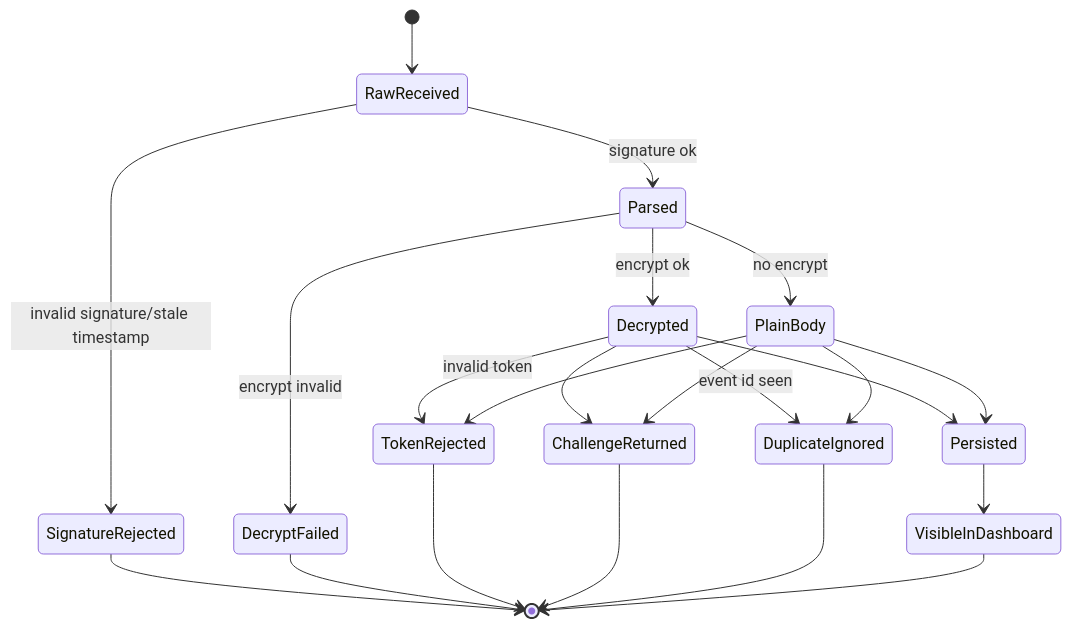
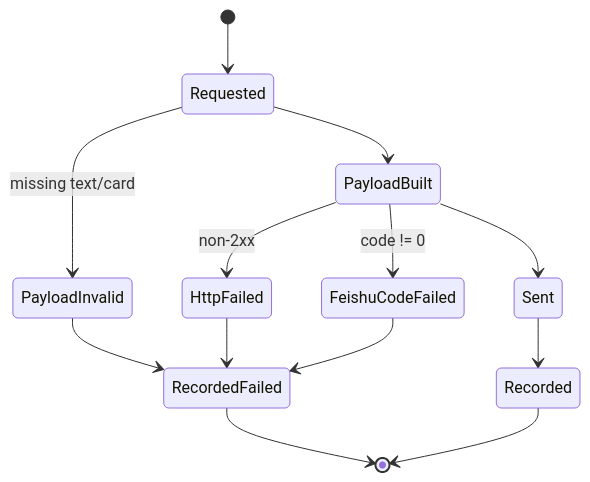
The fifth of 8 diagrams in docs/implementation-architecture.md (mayf3/myclaw), drawn with Mermaid before and after one commit. The commit also changed other lines of this file and 29 other files, not shown here.

````diff
--- a/docs/implementation-architecture.md
+++ b/docs/implementation-architecture.md
@@ -163,24 +163,15 @@
 ```mermaid
 stateDiagram-v2
-  [*] --> RawReceived
-  RawReceived --> SignatureRejected: invalid signature/stale timestamp
-  RawReceived --> Parsed: signature ok
-  Parsed --> DecryptFailed: encrypt invalid
-  Parsed --> Decrypted: encrypt ok
-  Parsed --> PlainBody: no encrypt
-  Decrypted --> TokenRejected: invalid token
-  PlainBody --> TokenRejected
-  Decrypted --> ChallengeReturned
-  PlainBody --> ChallengeReturned
-  Decrypted --> DuplicateIgnored: event id seen
-  PlainBody --> DuplicateIgnored
-  Decrypted --> Persisted
-  PlainBody --> Persisted
-  Persisted --> VisibleInDashboard
-  SignatureRejected --> [*]
-  DecryptFailed --> [*]
-  TokenRejected --> [*]
-  ChallengeReturned --> [*]
-  DuplicateIgnored --> [*]
-  VisibleInDashboard --> [*]
+  [*] --> Requested
+  Requested --> PayloadInvalid: missing text/card
+  Requested --> PayloadBuilt
+  PayloadBuilt --> HttpFailed: non-2xx
+  PayloadBuilt --> FeishuCodeFailed: code != 0
+  PayloadBuilt --> Sent
+  Sent --> Recorded
+  PayloadInvalid --> RecordedFailed
+  HttpFailed --> RecordedFailed
+  FeishuCodeFailed --> RecordedFailed
+  Recorded --> [*]
+  RecordedFailed --> [*]
 ```
````
